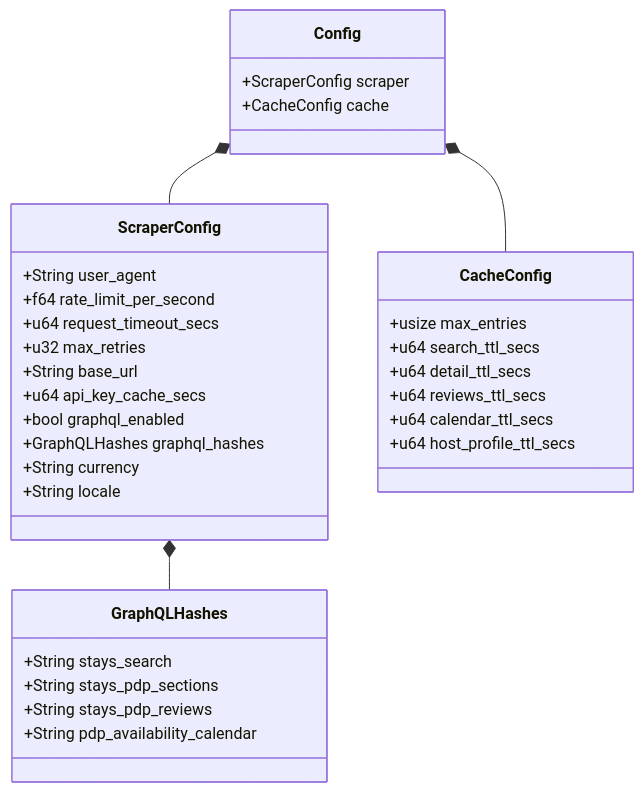
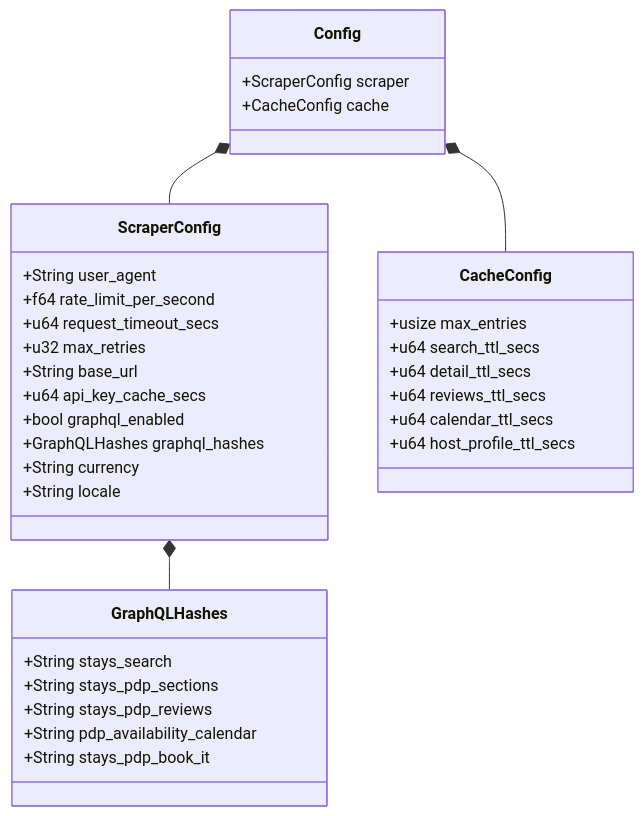
One commit to muchiny/mcp-airbnb changed the diagram in src/config/README.md. Above: the diagram before and after it, drawn with Mermaid. The commit also changed other lines of this file and 97 other files, not shown here.

````diff
--- a/src/config/README.md
+++ b/src/config/README.md
@@ -7,40 +7,41 @@
 ```mermaid
 classDiagram
     class Config {
         +ScraperConfig scraper
         +CacheConfig cache
     }
 
     class ScraperConfig {
         +String user_agent
         +f64 rate_limit_per_second
         +u64 request_timeout_secs
         +u32 max_retries
         +String base_url
         +u64 api_key_cache_secs
         +bool graphql_enabled
         +GraphQLHashes graphql_hashes
         +String currency
         +String locale
     }
 
     class CacheConfig {
         +usize max_entries
         +u64 search_ttl_secs
         +u64 detail_ttl_secs
         +u64 reviews_ttl_secs
         +u64 calendar_ttl_secs
         +u64 host_profile_ttl_secs
     }
 
     class GraphQLHashes {
         +String stays_search
         +String stays_pdp_sections
         +String stays_pdp_reviews
         +String pdp_availability_calendar
+        +String stays_pdp_book_it
     }
 
     Config *-- ScraperConfig
     Config *-- CacheConfig
     ScraperConfig *-- GraphQLHashes
 ```
````
